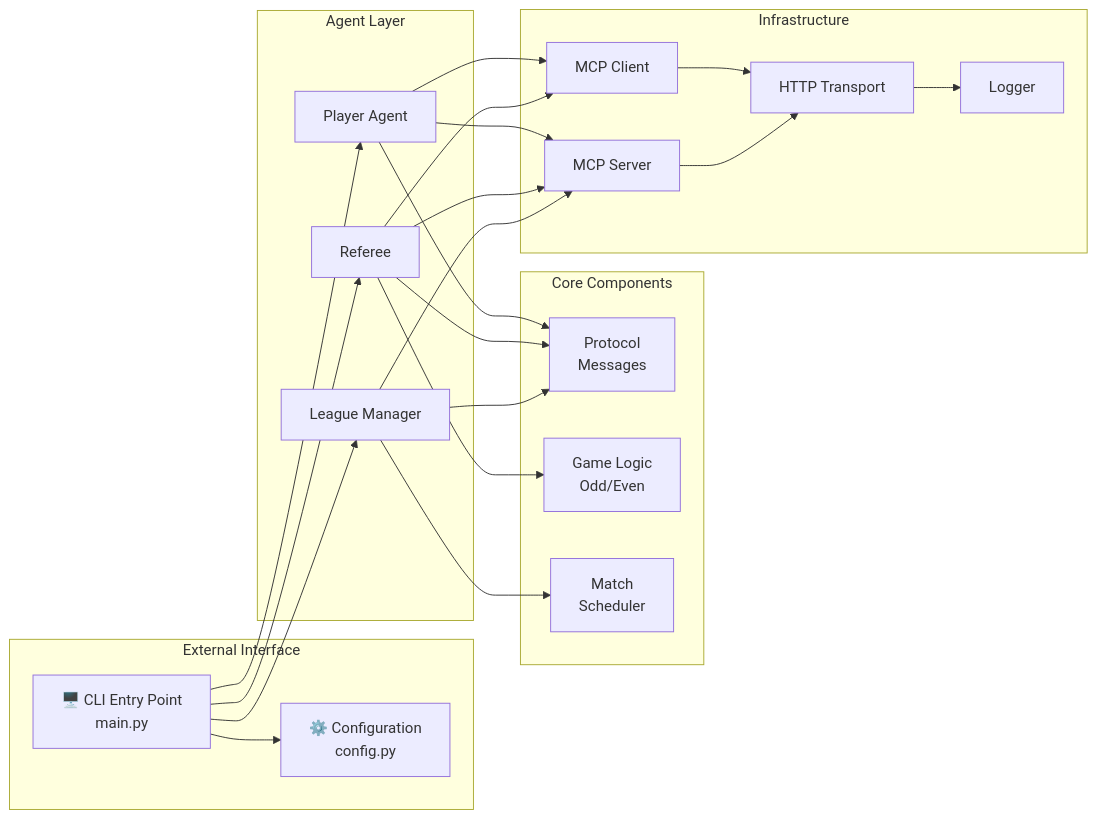
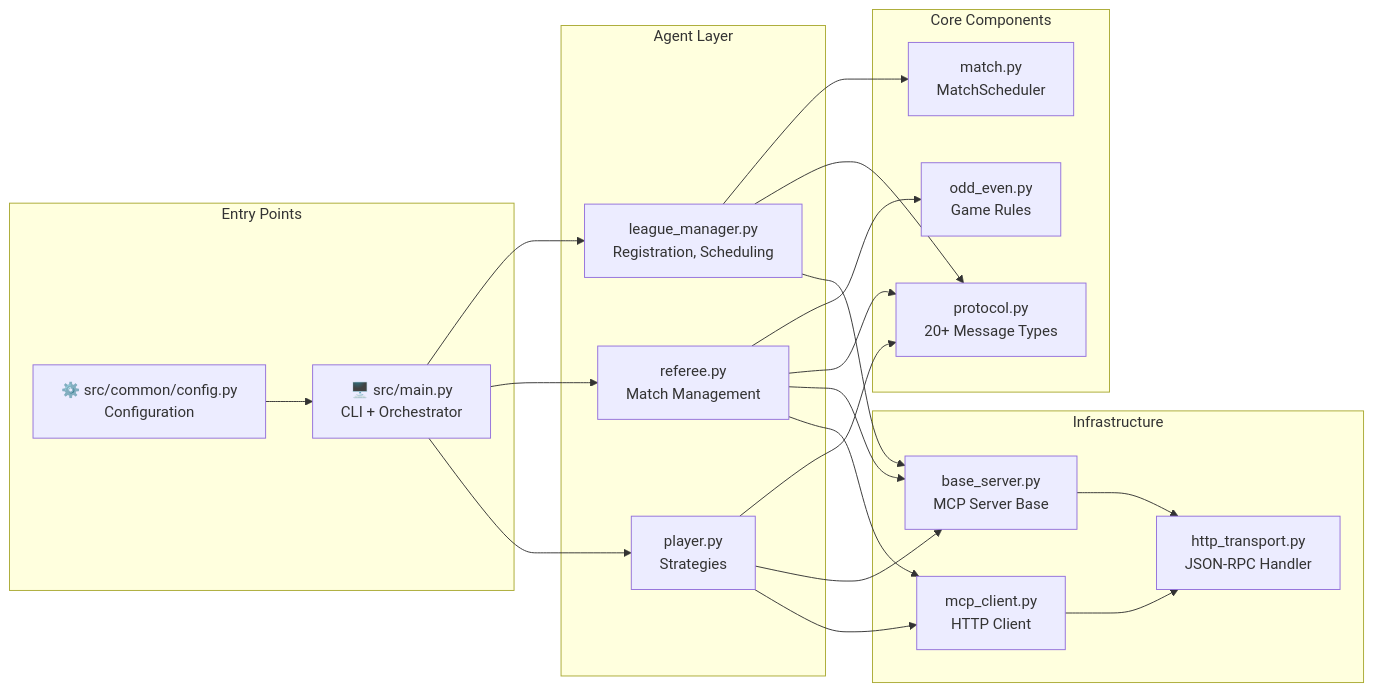
The fourth of 14 diagrams in README.md (fouada/Assignment7_mcp-multi-agent-game), drawn with Mermaid before and after one commit. The commit also changed other lines of this file and 42 other files, not shown here.

````diff
--- a/README.md
+++ b/README.md
@@ -240,49 +160,46 @@
 ```mermaid
 flowchart LR
-    subgraph External["External Interface"]
-        CLI[🖥️ CLI Entry Point<br/>main.py]
-        CFG[⚙️ Configuration<br/>config.py]
+    subgraph External["Entry Points"]
+        CLI[🖥️ src/main.py<br/>CLI + Orchestrator]
+        CFG[⚙️ src/common/config.py<br/>Configuration]
     end
     
     subgraph Agents["Agent Layer"]
-        LM[League Manager]
-        REF[Referee]
-        PLAYER[Player Agent]
+        LM[league_manager.py<br/>Registration, Scheduling]
+        REF[referee.py<br/>Match Management]
+        PLAYER[player.py<br/>Strategies]
     end
     
     subgraph Core["Core Components"]
-        PROTO[Protocol<br/>Messages]
-        GAME[Game Logic<br/>Odd/Even]
-        MATCH[Match<br/>Scheduler]
+        PROTO[protocol.py<br/>20+ Message Types]
+        MATCH[match.py<br/>MatchScheduler]
+        GAME[odd_even.py<br/>Game Rules]
     end
     
     subgraph Infra["Infrastructure"]
-        SERVER[MCP Server]
-        CLIENT[MCP Client]
-        TRANSPORT[HTTP Transport]
-        LOGGER[Logger]
+        BASE[base_server.py<br/>MCP Server Base]
+        MCP[mcp_client.py<br/>HTTP Client]
+        TRANSPORT[http_transport.py<br/>JSON-RPC Handler]
     end
     
-    CLI --> CFG
     CLI --> LM
     CLI --> REF
     CLI --> PLAYER
+    CFG --> CLI
     
-    LM --> SERVER
     LM --> MATCH
     LM --> PROTO
+    LM --> BASE
     
-    REF --> SERVER
-    REF --> CLIENT
     REF --> GAME
     REF --> PROTO
+    REF --> BASE
+    REF --> MCP
     
-    PLAYER --> SERVER
-    PLAYER --> CLIENT
     PLAYER --> PROTO
+    PLAYER --> BASE
+    PLAYER --> MCP
     
-    SERVER --> TRANSPORT
-    CLIENT --> TRANSPORT
-    
-    TRANSPORT --> LOGGER
+    BASE --> TRANSPORT
+    MCP --> TRANSPORT
 ```
````
